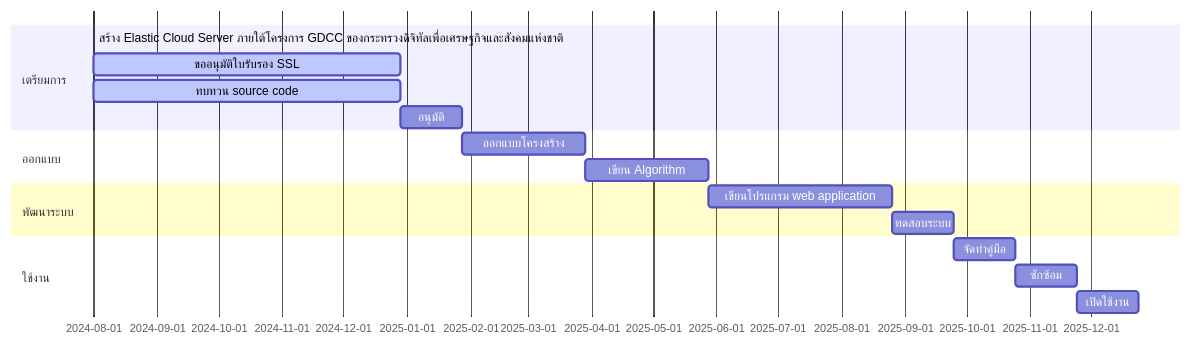
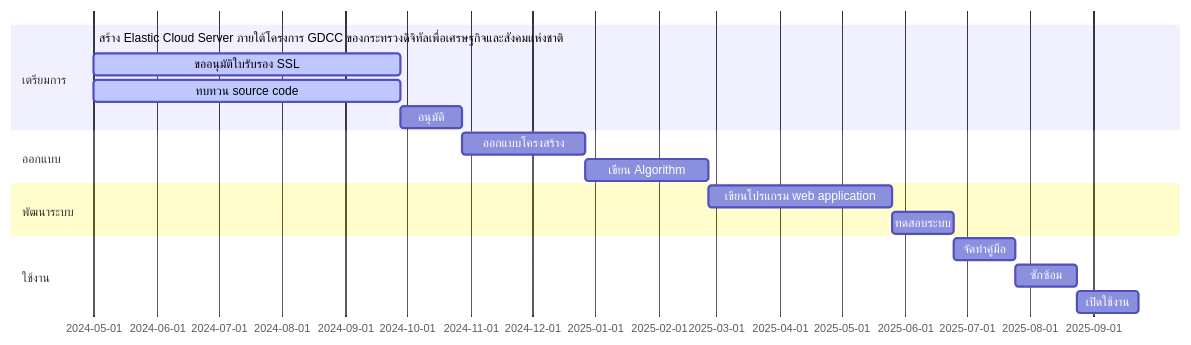
One commit to Kietpawpan/e-tracking changed the first of 2 diagrams in README.md. Above: the diagram before and after it, drawn with Mermaid.

````diff
--- a/README.md
+++ b/README.md
@@ -10,20 +10,20 @@
 ```mermaid
 gantt
     section เตรียมการ
-       สร้าง Elastic Cloud Server ภายใต้โครงการ GDCC ของกระทรวงดิจิทัลเพื่อเศรษฐกิจและสังคมแห่งชาติ :done,    des1, 2024-08-01,2024-09-30
+       สร้าง Elastic Cloud Server ภายใต้โครงการ GDCC ของกระทรวงดิจิทัลเพื่อเศรษฐกิจและสังคมแห่งชาติ :done,    des1, 2024-05-01,2024-09-30
        ขออนุมัติใบรับรอง SSL :active, des2, after des1, 150d
        ทบทวน source code : active, des3, after des1, 150d
        อนุมัติ: a, after des3, 30d
     section ออกแบบ
        ออกแบบโครงสร้าง  :  des4, after a, 60d
        เขียน Algorithm:   des5, after des4, 60d
     section พัฒนาระบบ
        เขียนโปรแกรม web application  :  des6, after des5, 90d
        ทดสอบระบบ:    des7, after des6, 30d
    section ใช้งาน
        จัดทำคู่มือ  :   des8, after des7, 30d
        ซักซ้อม :      des9, after des8, 30d
        เปิดใช้งาน:    des10, after des9, 30d
 
 
 ```
````
